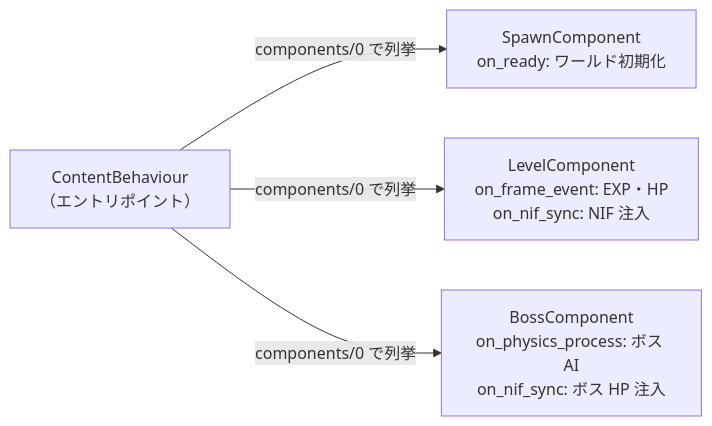
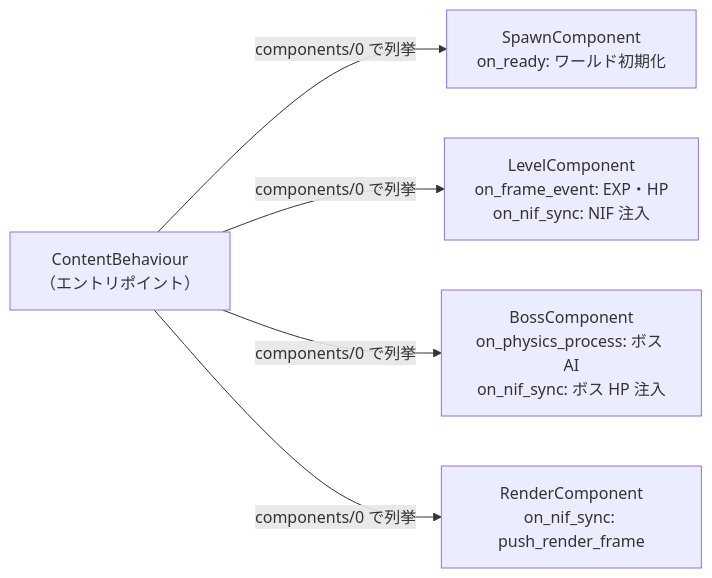
One commit to FRICK-ELDY/alchemy-engine changed the first of 3 diagrams in docs/architecture/elixir/contents.md. Above: the diagram before and after it, drawn with Mermaid. The commit also changed other lines of this file and 5 other files, not shown here.

Commit message:
update architecture

````diff
--- a/docs/architecture/elixir/contents.md
+++ b/docs/architecture/elixir/contents.md
@@ -22,11 +15,13 @@
 ```mermaid
 graph LR
     CB["ContentBehaviour\n（エントリポイント）"]
     SC["SpawnComponent\non_ready: ワールド初期化"]
     LC["LevelComponent\non_frame_event: EXP・HP\non_nif_sync: NIF 注入"]
     BC["BossComponent\non_physics_process: ボス AI\non_nif_sync: ボス HP 注入"]
+    RC["RenderComponent\non_nif_sync: push_render_frame"]
 
     CB -->|components/0 で列挙| SC
     CB -->|components/0 で列挙| LC
     CB -->|components/0 で列挙| BC
+    CB -->|components/0 で列挙| RC
 ```
````
